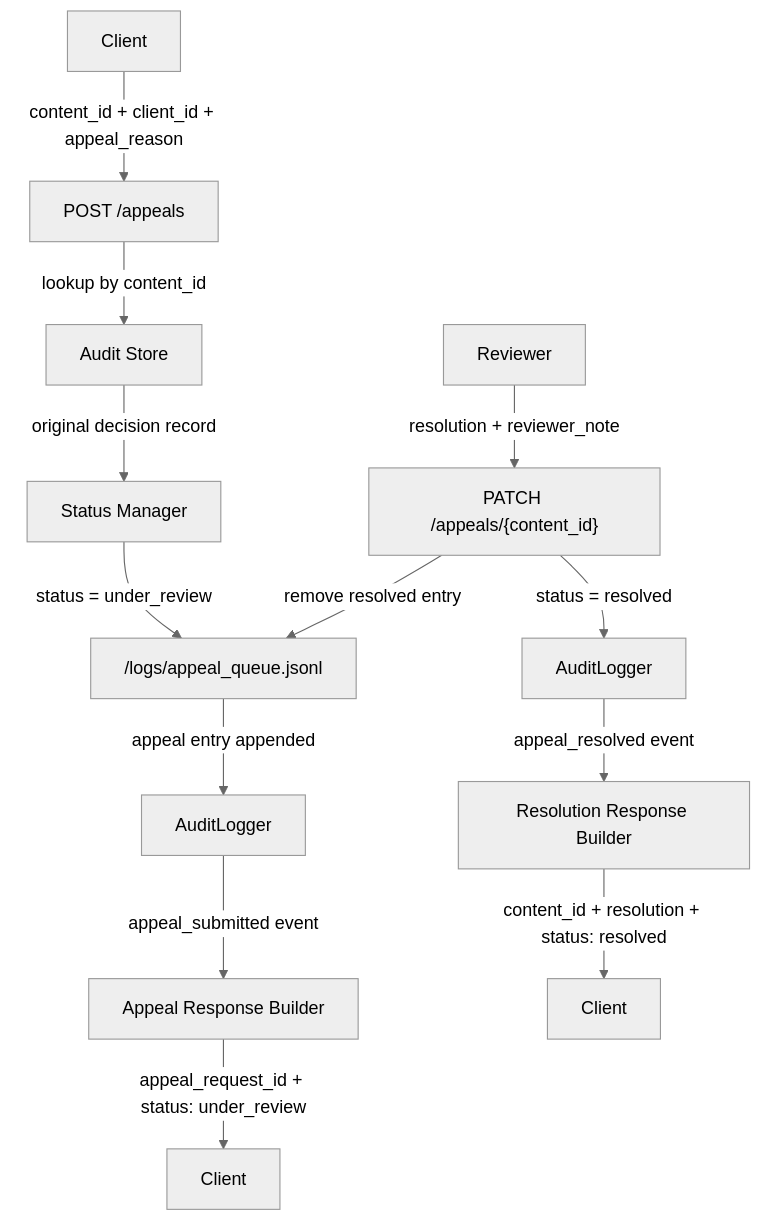
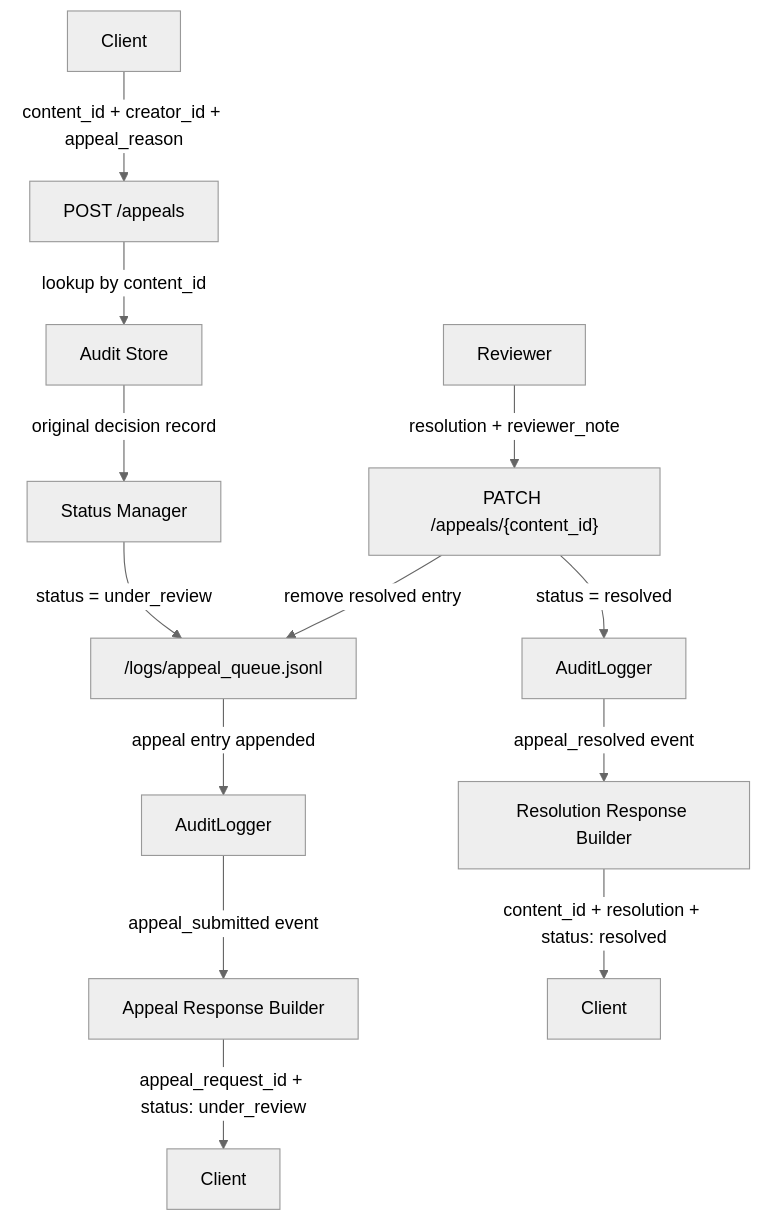
One commit to MiaNguyen912/ai201-project4-provenance-guard changed the second of 2 diagrams in planning.md. Above: the diagram before and after it, drawn with Mermaid (neutral theme). The commit also changed other lines of this file and 9 other files, not shown here.

````diff
--- a/planning.md
+++ b/planning.md
@@ -374,17 +407,17 @@
 ```mermaid
 flowchart TD
 
-A[Client] -->|"content_id + client_id + appeal_reason"| B["POST /appeals"]
+A[Client] -->|"content_id + creator_id + appeal_reason"| B["POST /appeals"]
 B -->|lookup by content_id| C[Audit Store]
 C -->|original decision record| D[Status Manager]
 D -->|"status = under_review"| E["/logs/appeal_queue.jsonl"]
 E -->|appeal entry appended| F[AuditLogger]
 F -->|appeal_submitted event| G[Appeal Response Builder]
 G -->|"appeal_request_id + status: under_review"| H[Client]
 
 I["Reviewer"] -->|"resolution + reviewer_note"| J["PATCH /appeals/{content_id}"]
 J -->|remove resolved entry| E
 J -->|"status = resolved"| K[AuditLogger]
 K -->|appeal_resolved event| L[Resolution Response Builder]
 L -->|"content_id + resolution + status: resolved"| M[Client]
 ```
````
